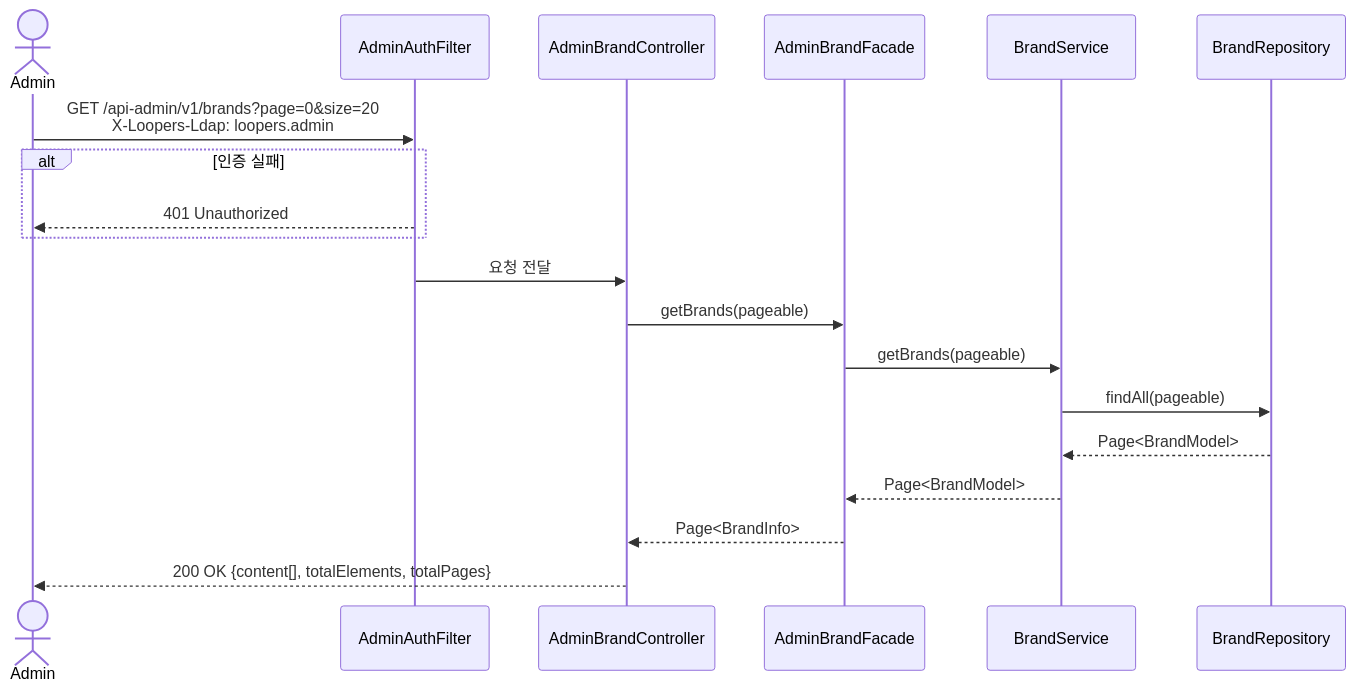
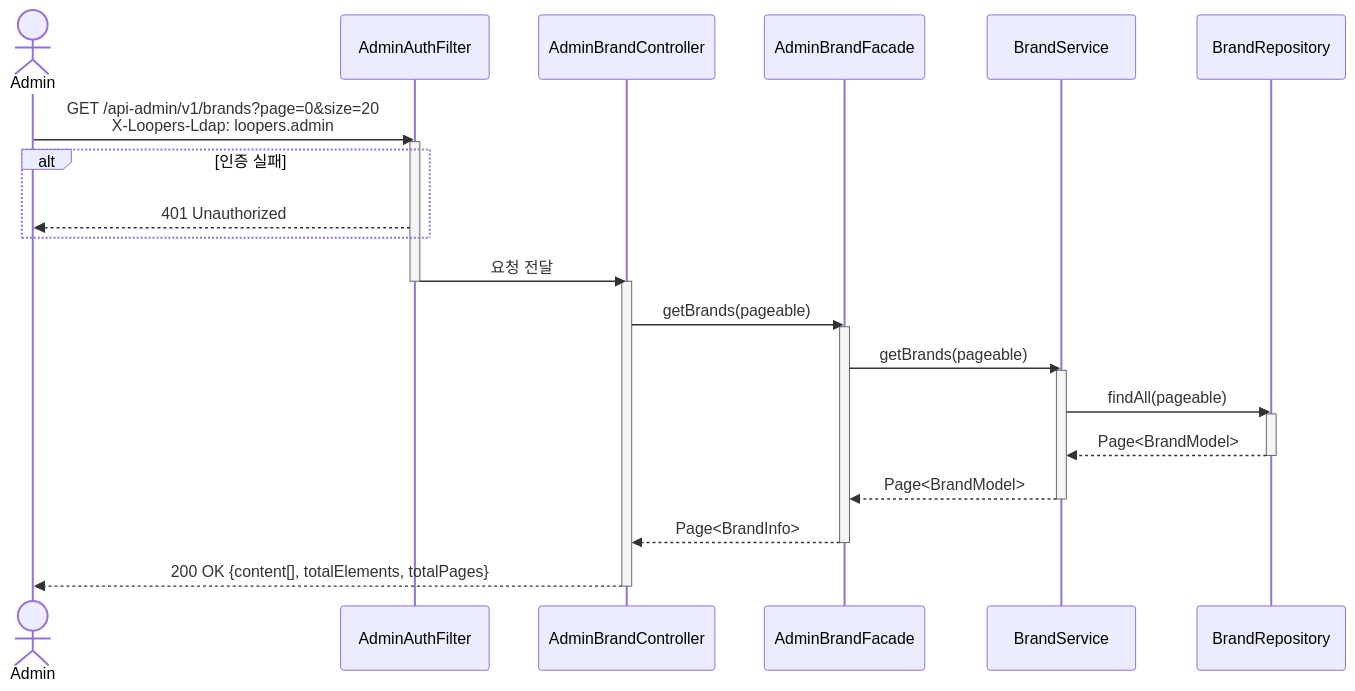
Before and after one commit to loopers-labs/loop-pack-be-l2-vol4-java: the seventh of 25 diagrams in .docs/design/02-sequence-diagrams.md, drawn with Mermaid. The commit also changed other lines of this file and 5 other files, not shown here.

````diff
--- a/.docs/design/02-sequence-diagrams.md
+++ b/.docs/design/02-sequence-diagrams.md
@@ -286,24 +358,34 @@
 ```mermaid
 sequenceDiagram
     actor Admin
     participant AF as AdminAuthFilter
     participant BC as AdminBrandController
     participant BF as AdminBrandFacade
     participant BS as BrandService
     participant BR as BrandRepository
 
     Admin->>AF: GET /api-admin/v1/brands?page=0&size=20<br/>X-Loopers-Ldap: loopers.admin
+    activate AF
     alt 인증 실패
         AF-->>Admin: 401 Unauthorized
     end
     AF->>BC: 요청 전달
+    deactivate AF
+    activate BC
 
     BC->>BF: getBrands(pageable)
+    activate BF
     BF->>BS: getBrands(pageable)
+    activate BS
     BS->>BR: findAll(pageable)
+    activate BR
     BR-->>BS: Page<BrandModel>
+    deactivate BR
     BS-->>BF: Page<BrandModel>
+    deactivate BS
 
     BF-->>BC: Page<BrandInfo>
+    deactivate BF
     BC-->>Admin: 200 OK {content[], totalElements, totalPages}
+    deactivate BC
 ```
````
